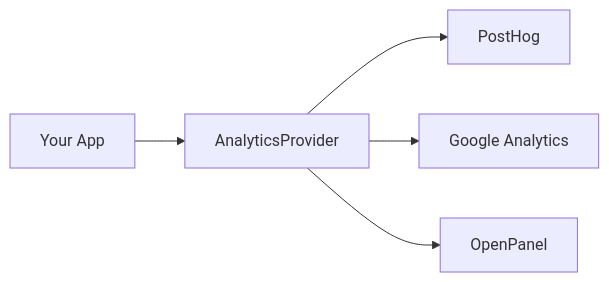
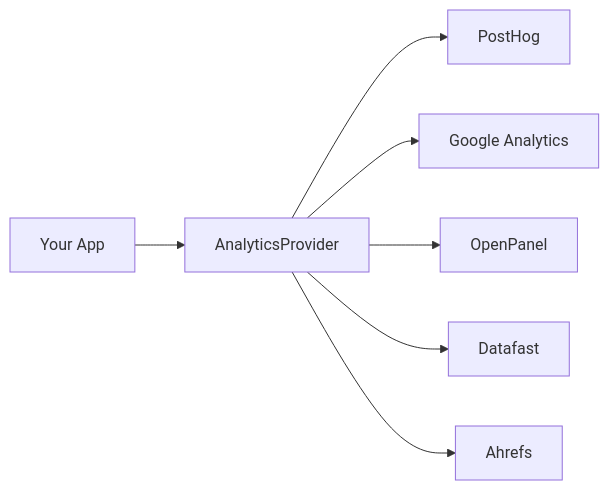
The diagram in apps/home/content/docs/analytics/index.mdx (ian/startupkit), drawn with Mermaid before and after one commit. The commit also changed other lines of this file and 6 other files, not shown here.

Commit message:
adding ahrefs and datafast analytics providers

````diff
--- a/apps/home/content/docs/analytics/index.mdx
+++ b/apps/home/content/docs/analytics/index.mdx
@@ -75,7 +75,9 @@
 ```mermaid
 flowchart LR
     A[Your App] --> B[AnalyticsProvider]
     B --> C[PostHog]
     B --> D[Google Analytics]
     B --> E[OpenPanel]
+    B --> F[Datafast]
+    B --> G[Ahrefs]
 ```
````
